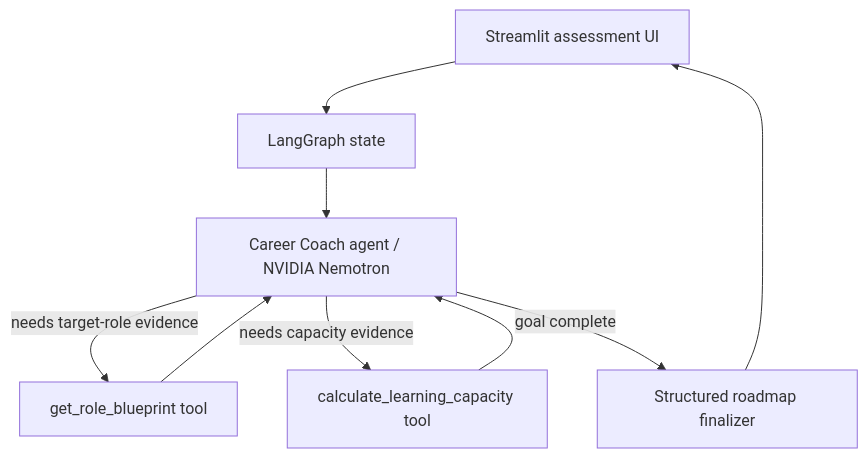
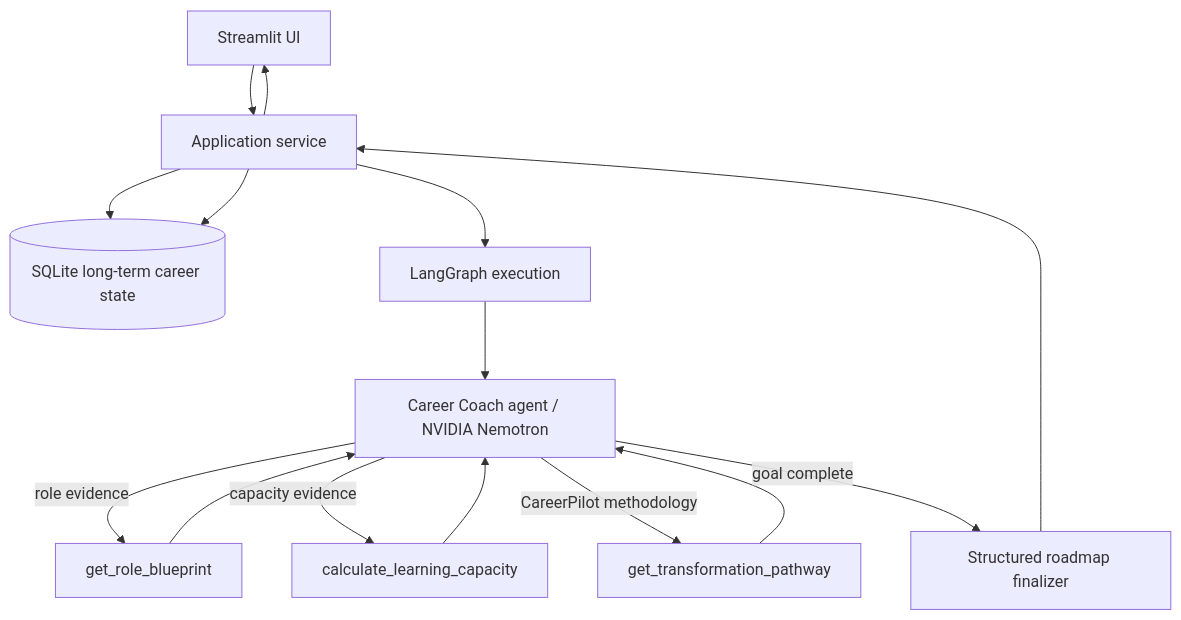
The diagram in README.md (agileskool/ai-career-coach-agent), drawn with Mermaid before and after one commit. The commit also changed other lines of this file, not shown here.

Commit message:
docs: document V0.2 persistent career state

````diff
--- a/README.md
+++ b/README.md
@@ -15,11 +15,17 @@
 ```mermaid
 flowchart TD
-    UI[Streamlit assessment UI] --> S[LangGraph state]
-    S --> A[Career Coach agent / NVIDIA Nemotron]
-    A -->|needs target-role evidence| T1[get_role_blueprint tool]
-    A -->|needs capacity evidence| T2[calculate_learning_capacity tool]
+    UI[Streamlit UI] --> SVC[Application service]
+    SVC --> DB[(SQLite long-term career state)]
+    SVC --> G[LangGraph execution]
+    G --> A[Career Coach agent / NVIDIA Nemotron]
+    A -->|role evidence| T1[get_role_blueprint]
+    A -->|capacity evidence| T2[calculate_learning_capacity]
+    A -->|CareerPilot methodology| T3[get_transformation_pathway]
     T1 --> A
     T2 --> A
+    T3 --> A
     A -->|goal complete| F[Structured roadmap finalizer]
-    F --> UI
+    F --> SVC
+    SVC --> DB
+    SVC --> UI
 ```
````
